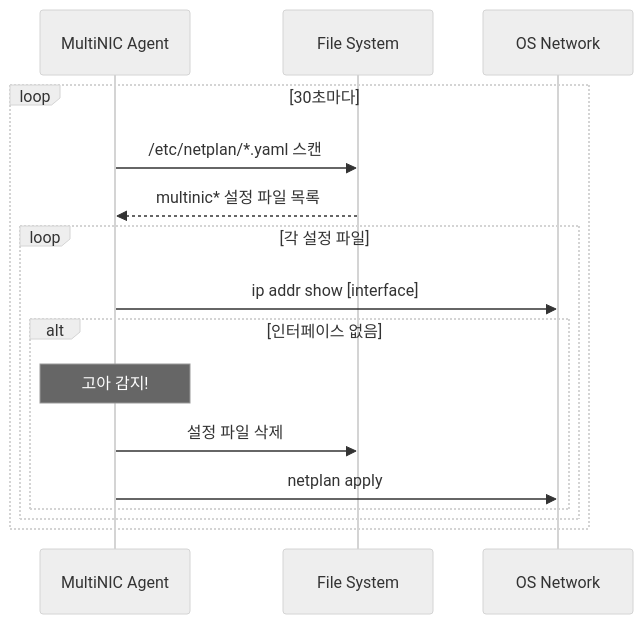
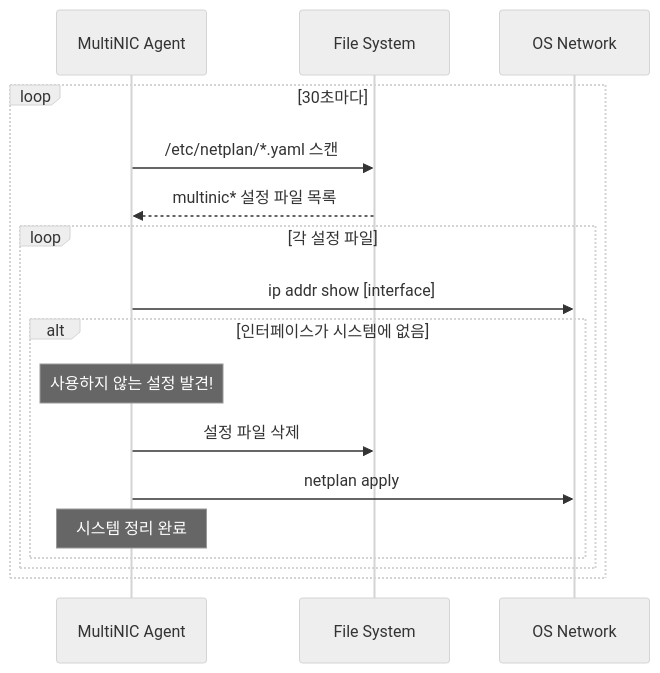
The third of 3 diagrams in README.md (Minzino/multinic-agent), drawn with Mermaid (neutral theme) before and after one commit. The commit also changed other lines of this file, not shown here.

````diff
--- a/README.md
+++ b/README.md
@@ -148,20 +148,21 @@
 ```mermaid
 sequenceDiagram
     participant Agent as MultiNIC Agent
     participant FS as File System
     participant OS as OS Network
 
     loop 30초마다
         Agent->>FS: /etc/netplan/*.yaml 스캔
         FS-->>Agent: multinic* 설정 파일 목록
         
         loop 각 설정 파일
             Agent->>OS: ip addr show [interface]
-            alt 인터페이스 없음
-                Note over Agent: 고아 감지!
+            alt 인터페이스가 시스템에 없음
+                Note over Agent: 사용하지 않는 설정 발견!
                 Agent->>FS: 설정 파일 삭제
                 Agent->>OS: netplan apply
+                Note over Agent: 시스템 정리 완료
             end
         end
     end
 ```
````
